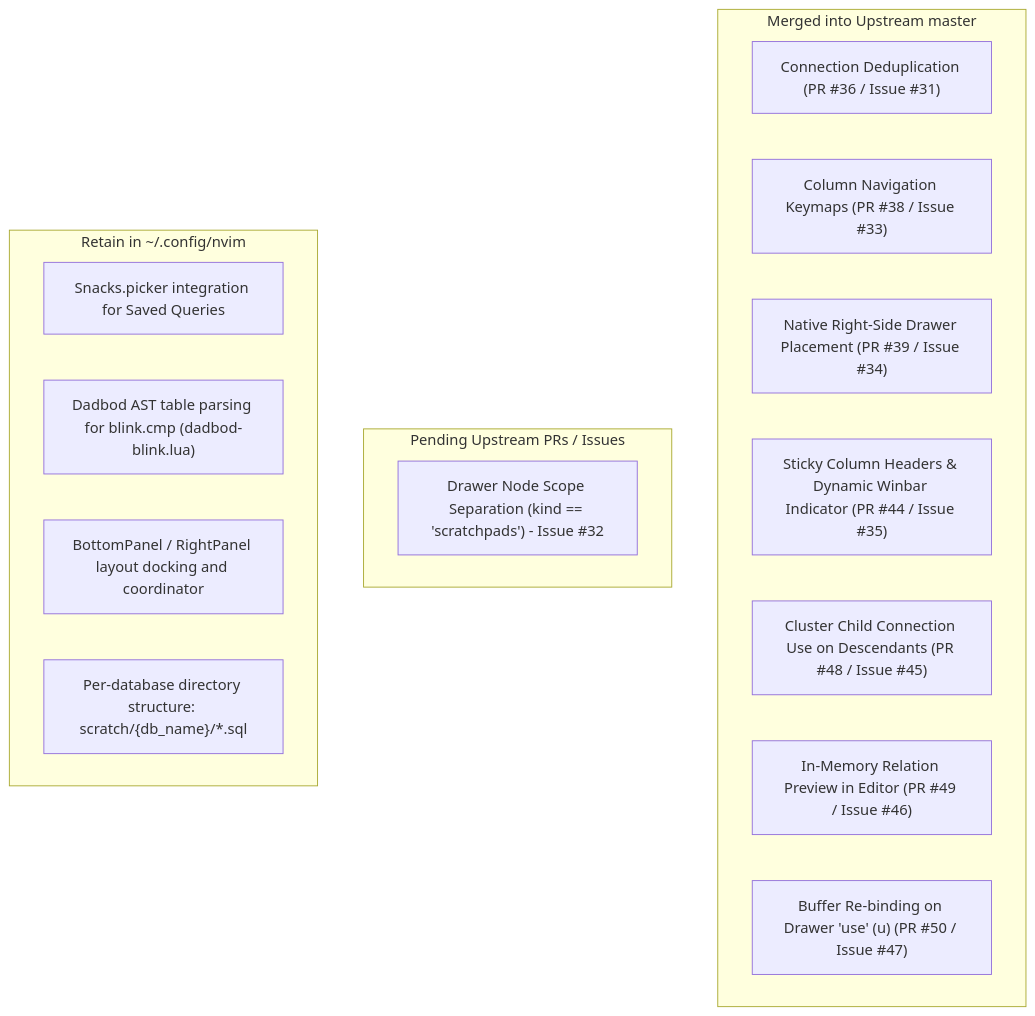
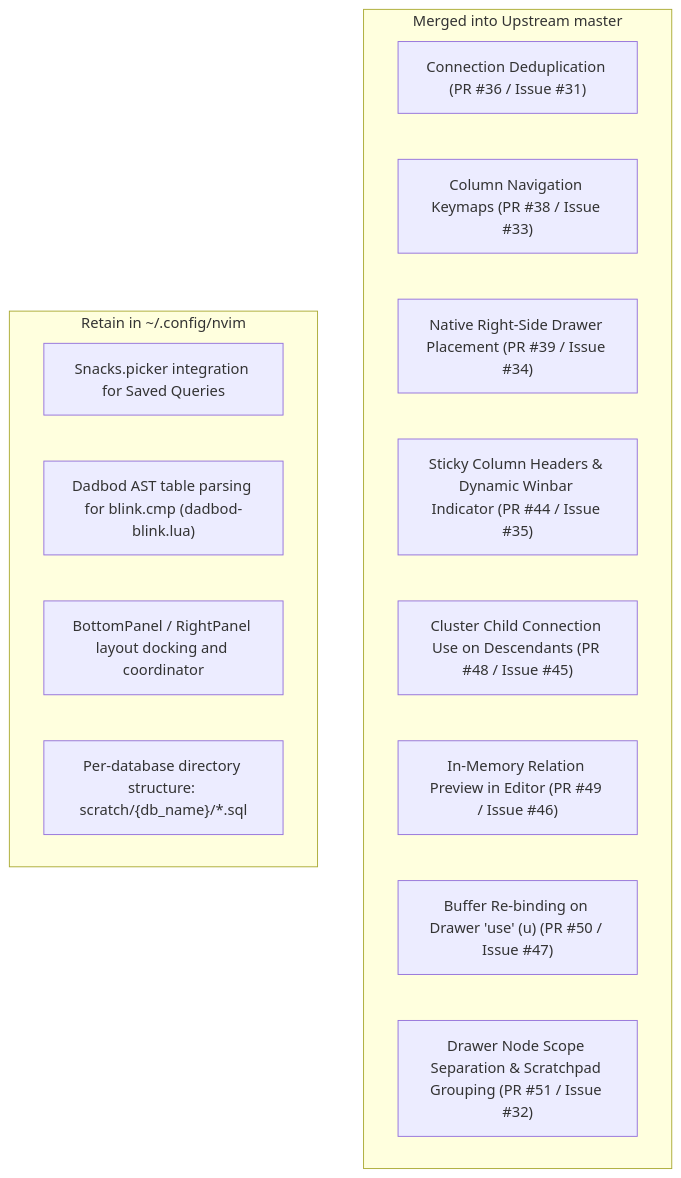
Before and after one commit to george-tk/nvim: the diagram in database_agent.md, drawn with Mermaid. The commit also changed other lines of this file and 1 other file, not shown here.

Commit message:
chore(db): adopt upstream scratchpads grouping (PR #51 / Issue #32)

````diff
--- a/database_agent.md
+++ b/database_agent.md
@@ -34,23 +34,20 @@
 ```mermaid
 flowchart TD
     subgraph Resolved Upstream [Merged into Upstream master]
         A["Connection Deduplication (PR #36 / Issue #31)"]
         C["Column Navigation Keymaps (PR #38 / Issue #33)"]
         I["Native Right-Side Drawer Placement (PR #39 / Issue #34)"]
         D["Sticky Column Headers & Dynamic Winbar Indicator (PR #44 / Issue #35)"]
         J["Cluster Child Connection Use on Descendants (PR #48 / Issue #45)"]
         K["In-Memory Relation Preview in Editor (PR #49 / Issue #46)"]
         L["Buffer Re-binding on Drawer 'use' (u) (PR #50 / Issue #47)"]
-    end
-
-    subgraph Upstream Candidates [Pending Upstream PRs / Issues]
-        B["Drawer Node Scope Separation (kind == 'scratchpads') - Issue #32"]
+        B["Drawer Node Scope Separation & Scratchpad Grouping (PR #51 / Issue #32)"]
     end
 
     subgraph User Config Integrations [Retain in ~/.config/nvim]
         E["Snacks.picker integration for Saved Queries"]
         F["Dadbod AST table parsing for blink.cmp (dadbod-blink.lua)"]
         G["BottomPanel / RightPanel layout docking and coordinator"]
         H["Per-database directory structure: scratch/{db_name}/*.sql"]
     end
 ```
````
